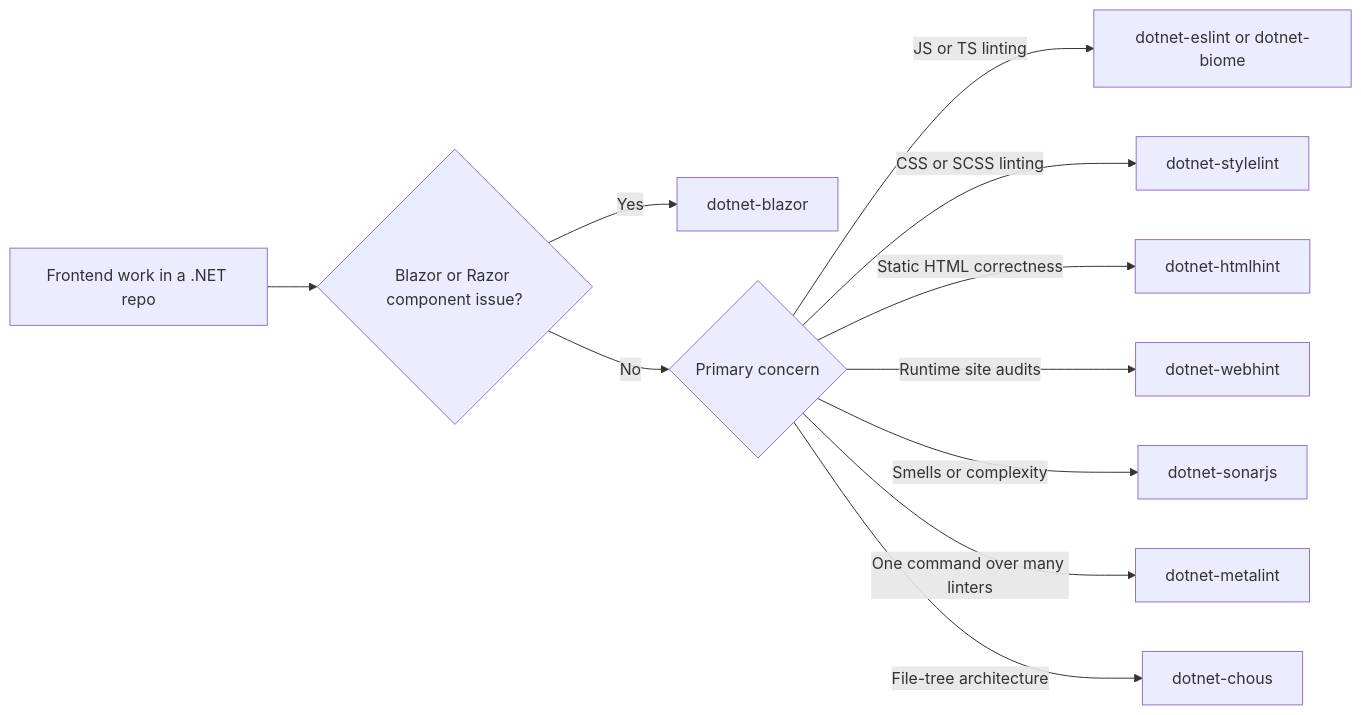
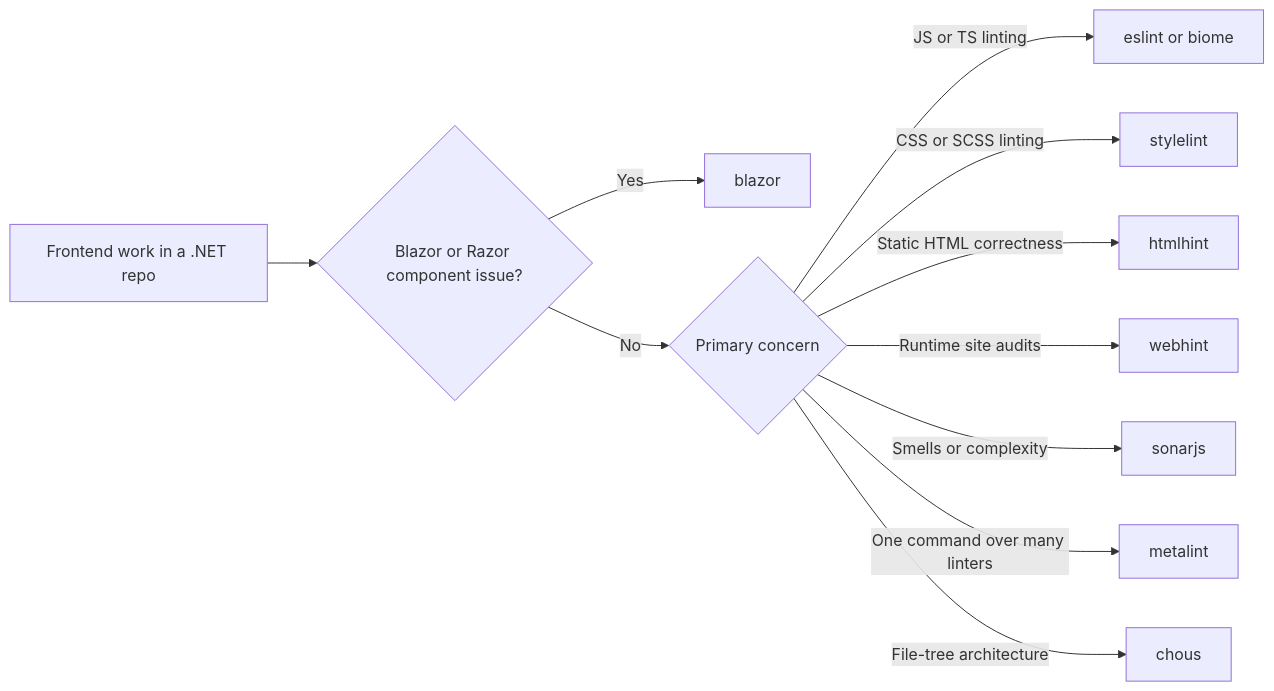
Before and after one commit to managedcode/dotnet-skills: the diagram in catalog/Tools/Biome/agents/dotnet-frontend/AGENT.md, drawn with Mermaid. The commit also changed other lines of this file and 702 other files, not shown here.

````diff
--- a/catalog/Tools/Biome/agents/dotnet-frontend/AGENT.md
+++ b/catalog/Tools/Biome/agents/dotnet-frontend/AGENT.md
@@ -25,13 +25,13 @@
 ```mermaid
 flowchart LR
   A["Frontend work in a .NET repo"] --> B{"Blazor or Razor component issue?"}
-  B -->|Yes| C["dotnet-blazor"]
+  B -->|Yes| C["blazor"]
   B -->|No| D{"Primary concern"}
-  D -->|JS or TS linting| E["dotnet-eslint or dotnet-biome"]
-  D -->|CSS or SCSS linting| F["dotnet-stylelint"]
-  D -->|Static HTML correctness| G["dotnet-htmlhint"]
-  D -->|Runtime site audits| H["dotnet-webhint"]
-  D -->|Smells or complexity| I["dotnet-sonarjs"]
-  D -->|One command over many linters| J["dotnet-metalint"]
-  D -->|File-tree architecture| K["dotnet-chous"]
+  D -->|JS or TS linting| E["eslint or biome"]
+  D -->|CSS or SCSS linting| F["stylelint"]
+  D -->|Static HTML correctness| G["htmlhint"]
+  D -->|Runtime site audits| H["webhint"]
+  D -->|Smells or complexity| I["sonarjs"]
+  D -->|One command over many linters| J["metalint"]
+  D -->|File-tree architecture| K["chous"]
 ```
````
